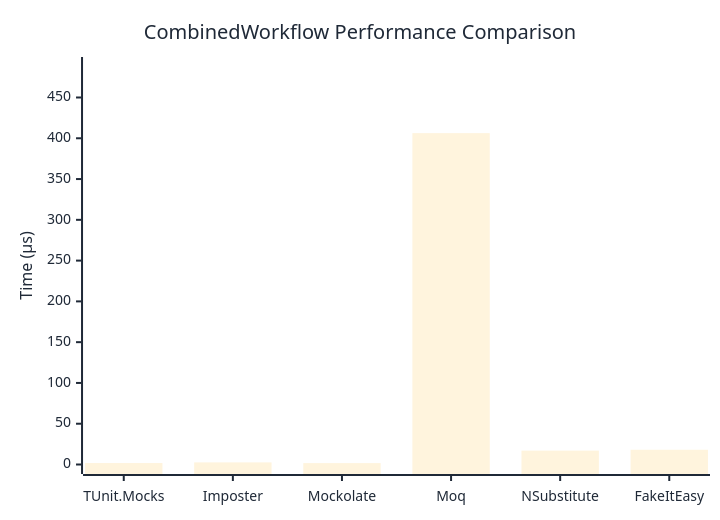
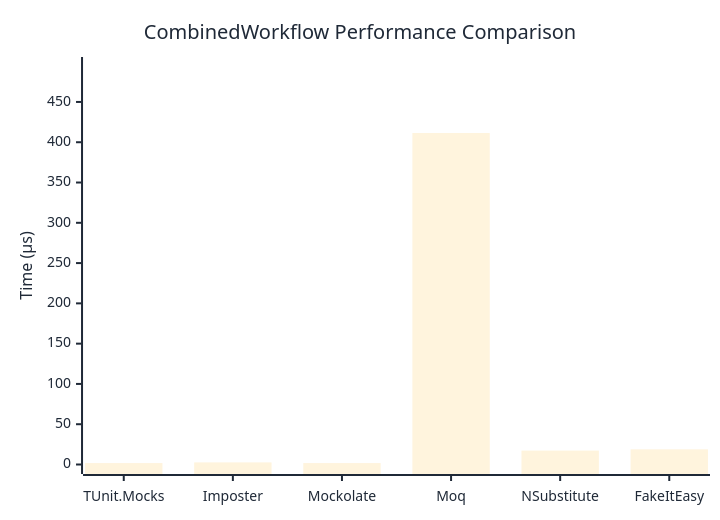
One commit to thomhurst/TUnit changed the diagram in docs/docs/benchmarks/mocks/CombinedWorkflow.md. Above: the diagram before and after it, drawn with Mermaid. The commit also changed other lines of this file and 14 other files, not shown here.

````diff
--- a/docs/docs/benchmarks/mocks/CombinedWorkflow.md
+++ b/docs/docs/benchmarks/mocks/CombinedWorkflow.md
@@ -30,27 +30,27 @@
 ```mermaid
 %%{init: {
   'theme':'base',
   'themeVariables': {
     'primaryColor': '#2563eb',
     'primaryTextColor': '#1f2937',
     'primaryBorderColor': '#1e40af',
     'lineColor': '#6b7280',
     'secondaryColor': '#7c3aed',
     'tertiaryColor': '#dc2626',
     'background': '#ffffff',
     'pie1': '#2563eb',
     'pie2': '#7c3aed',
     'pie3': '#dc2626',
     'pie4': '#f59e0b',
     'pie5': '#10b981',
     'pie6': '#06b6d4',
     'pie7': '#ec4899',
     'pie8': '#6366f1'
   }
 }}%%
 xychart-beta
   title "CombinedWorkflow Performance Comparison"
   x-axis ["TUnit.Mocks", "Imposter", "Mockolate", "Moq", "NSubstitute", "FakeItEasy"]
-  y-axis "Time (μs)" 0 --> 488
-  bar [1.784, 2.591, 1.716, 406.287, 17.037, 18.082]
+  y-axis "Time (μs)" 0 --> 494
+  bar [1.783, 2.604, 1.76, 411.419, 17.258, 18.842]
 ```
````
